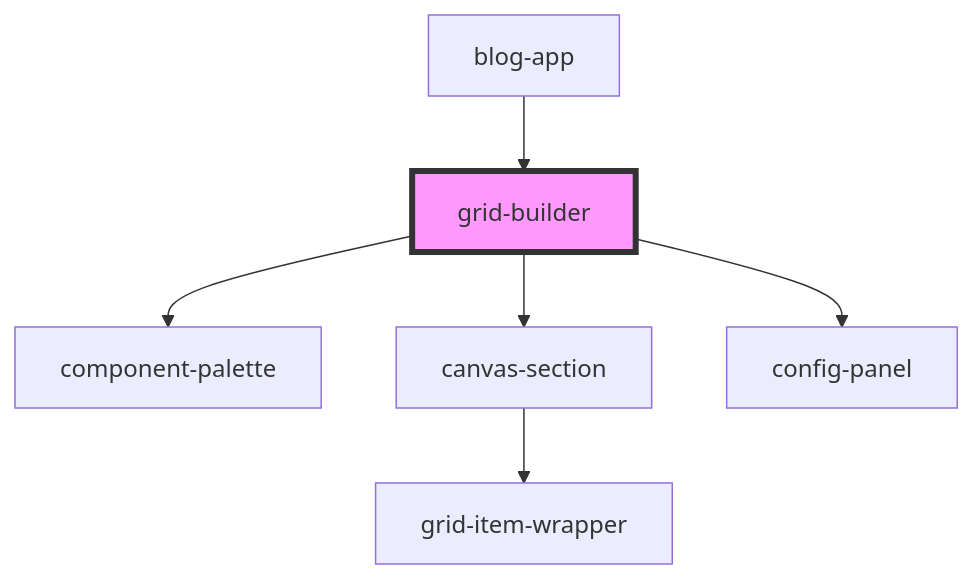
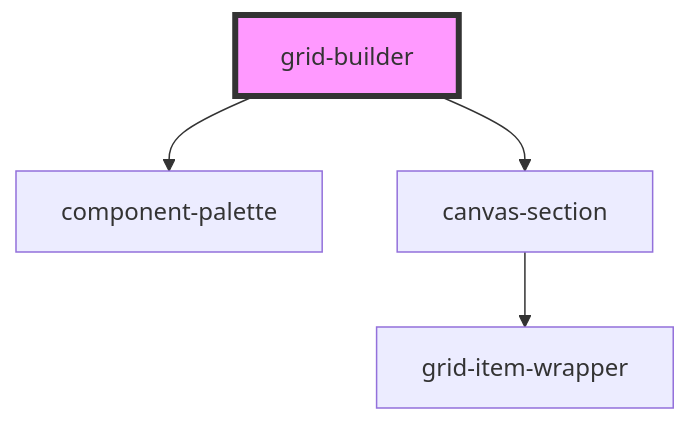
One commit to lucidworks/grid-builder-poc changed the diagram in stencil-grid-builder/src/components/grid-builder/readme.md. Above: the diagram before and after it, drawn with Mermaid. The commit also changed other lines of this file and 9 other files, not shown here.

````diff
--- a/stencil-grid-builder/src/components/grid-builder/readme.md
+++ b/stencil-grid-builder/src/components/grid-builder/readme.md
@@ -333,9 +364,7 @@
 ```mermaid
 graph TD;
   grid-builder --> component-palette
   grid-builder --> canvas-section
-  grid-builder --> config-panel
   canvas-section --> grid-item-wrapper
-  blog-app --> grid-builder
   style grid-builder fill:#f9f,stroke:#333,stroke-width:4px
 ```
````
